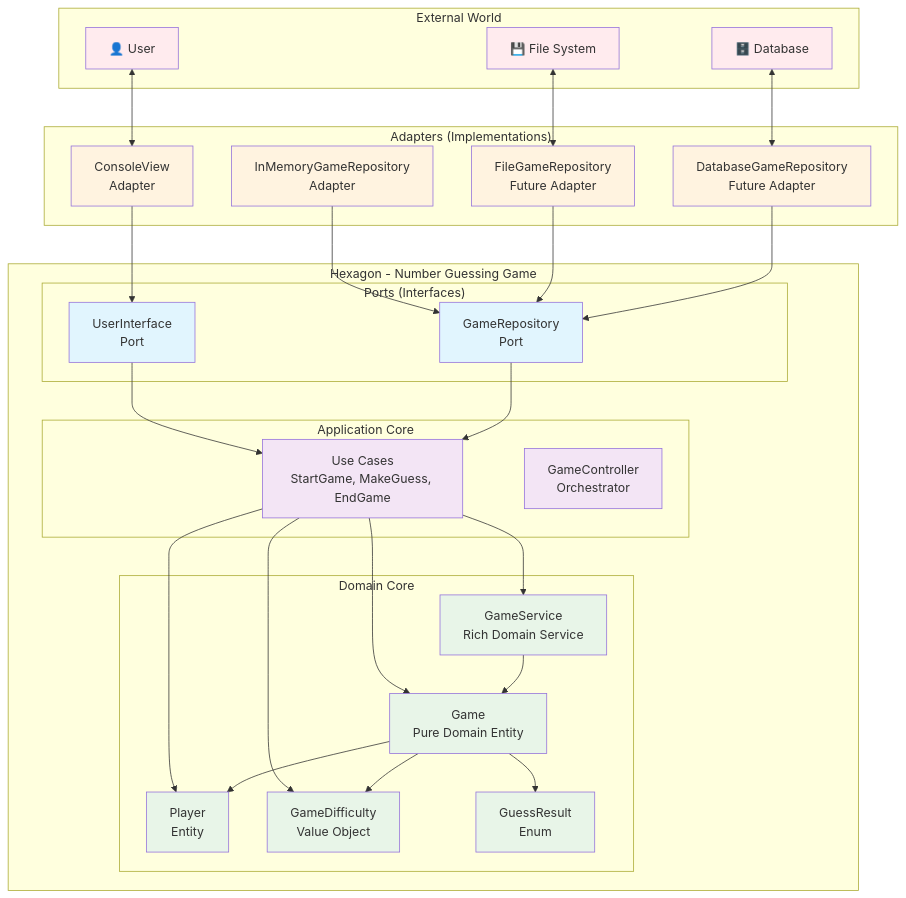
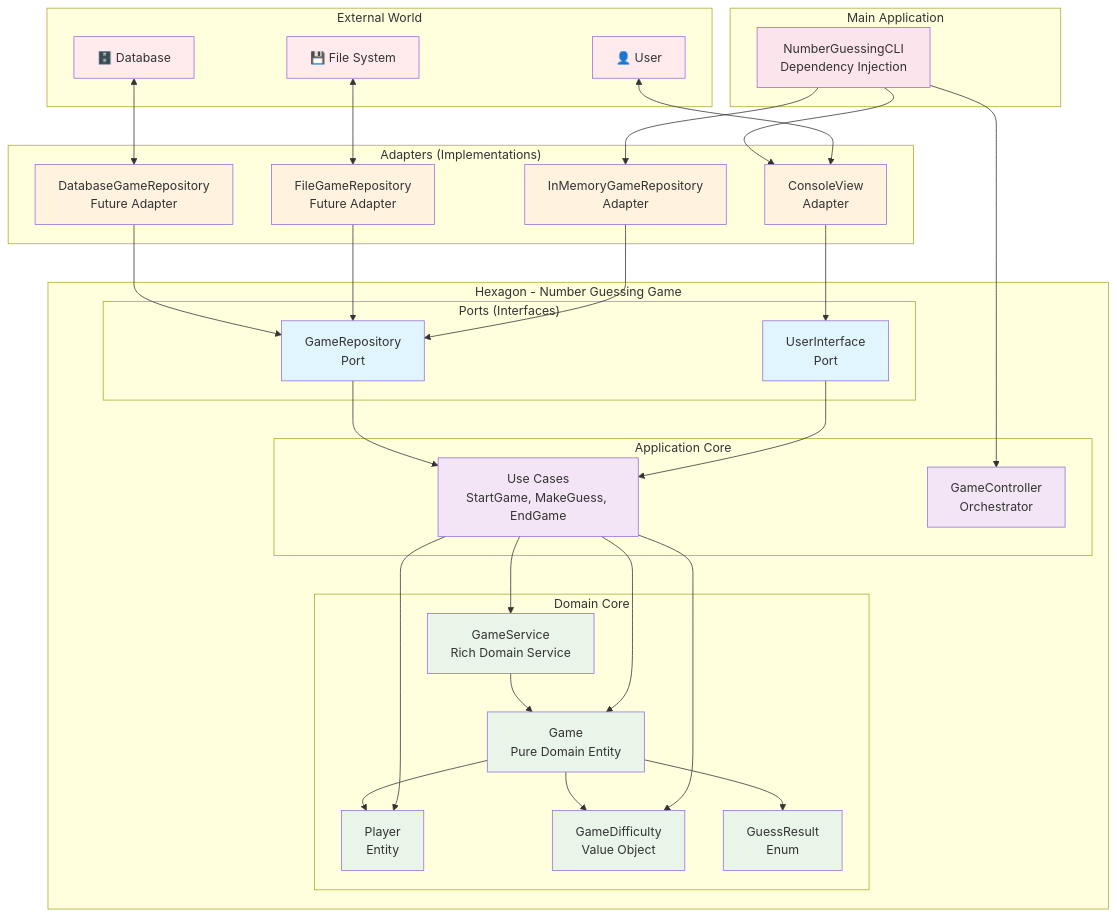
One commit to Shockp/Backend-Projects changed the third of 3 diagrams in number-guessing-game/UML Diagrams/ComponentDiagram.md. Above: the diagram before and after it, drawn with Mermaid. The commit also changed other lines of this file and 4 other files, not shown here.

Commit message:
UML Updated

````diff
--- a/number-guessing-game/UML Diagrams/ComponentDiagram.md
+++ b/number-guessing-game/UML Diagrams/ComponentDiagram.md
@@ -219,6 +222,10 @@
         DatabaseRepositoryAdapter[DatabaseGameRepository<br/>Future Adapter]
     end
 
+    subgraph "Main Application"
+        NumberGuessingCLI[NumberGuessingCLI<br/>Dependency Injection]
+    end
+
     %% External to Adapters
     User <--> ConsoleViewAdapter
     FileSystem <--> FileRepositoryAdapter
@@ -246,16 +253,23 @@
     Game --> GameDifficulty
     Game --> GuessResult
 
+    %% Main Application Wiring
+    NumberGuessingCLI --> GameController
+    NumberGuessingCLI --> ConsoleViewAdapter
+    NumberGuessingCLI --> InMemoryRepositoryAdapter
+
     %% Styling
     classDef external fill:#ffebee
     classDef port fill:#e1f5fe
     classDef application fill:#f3e5f5
     classDef domain fill:#e8f5e8
     classDef adapter fill:#fff3e0
+    classDef main fill:#fce4ec
 
     class User,FileSystem,Database external
     class GameRepositoryPort,UserInterfacePort port
     class UseCases,GameController application
     class Game,Player,GameService,GameDifficulty,GuessResult domain
     class ConsoleViewAdapter,InMemoryRepositoryAdapter,FileRepositoryAdapter,DatabaseRepositoryAdapter adapter
+    class NumberGuessingCLI main
 ```
````
